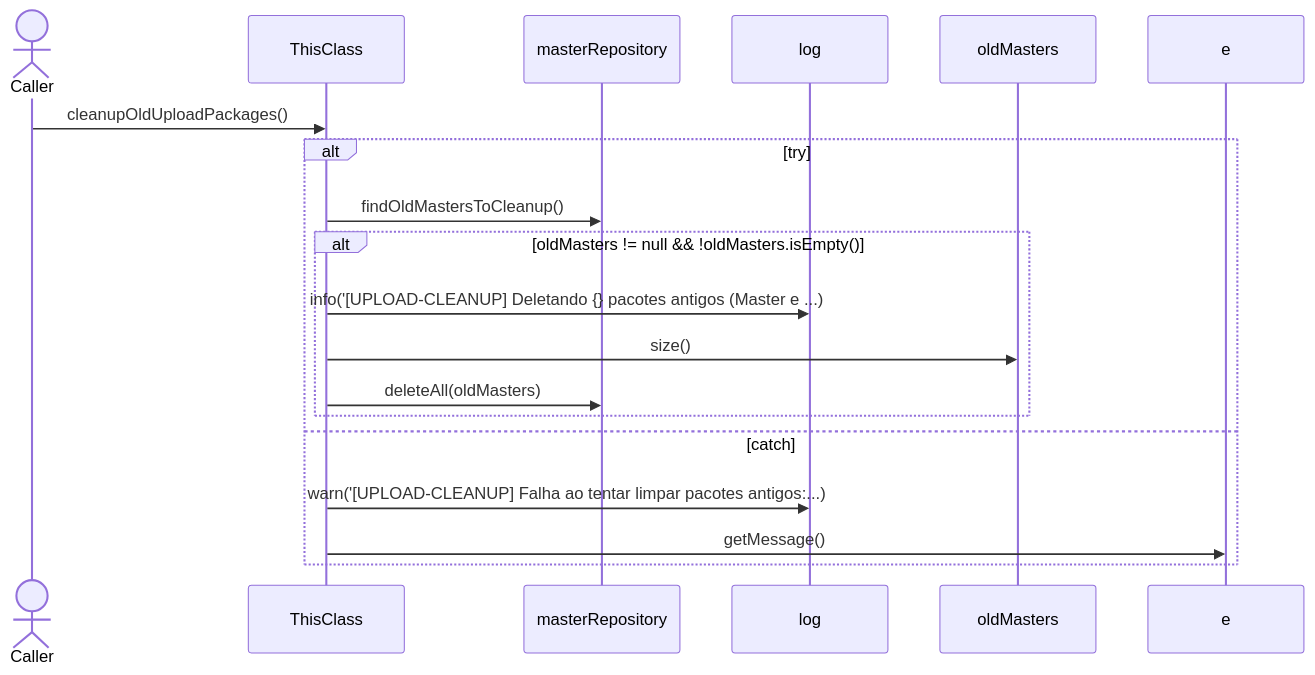
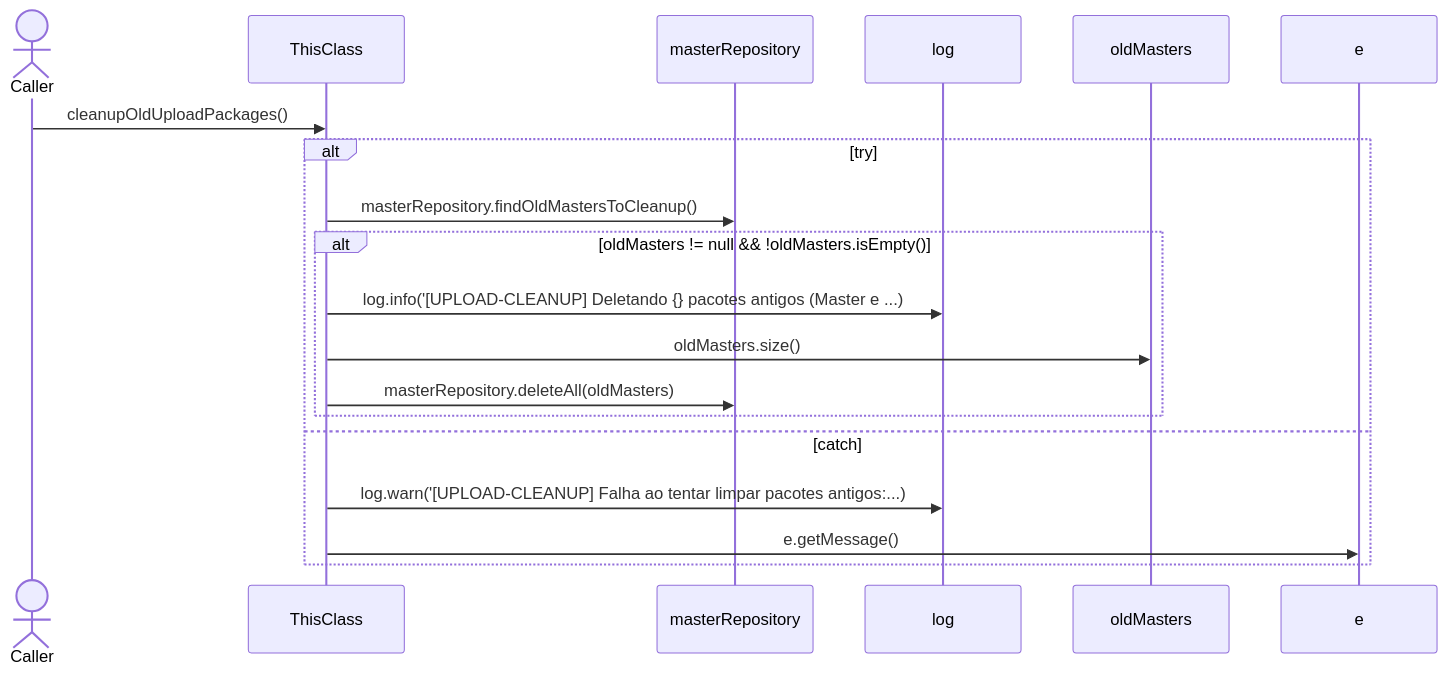
Diagram 12 of 16 in docs/CloudSyncUploadService.md (FelipeMCassiano/geanky), drawn with Mermaid before and after one commit. The commit also changed other lines of this file and 6 other files, not shown here.

````diff
--- a/docs/CloudSyncUploadService.md
+++ b/docs/CloudSyncUploadService.md
@@ -902,23 +902,23 @@
 ```mermaid
 sequenceDiagram
     actor Caller
     participant ThisClass
     participant masterRepository
     participant log
     participant oldMasters
     participant e
 
     Caller->>ThisClass: cleanupOldUploadPackages()
     alt try
-    ThisClass->>masterRepository: findOldMastersToCleanup()
+    ThisClass->>masterRepository: masterRepository.findOldMastersToCleanup()
     alt oldMasters != null && !oldMasters.isEmpty()
-    ThisClass->>log: info('[UPLOAD-CLEANUP] Deletando {} pacotes antigos (Master e ...)
-    ThisClass->>oldMasters: size()
-    ThisClass->>masterRepository: deleteAll(oldMasters)
+    ThisClass->>log: log.info('[UPLOAD-CLEANUP] Deletando {} pacotes antigos (Master e ...)
+    ThisClass->>oldMasters: oldMasters.size()
+    ThisClass->>masterRepository: masterRepository.deleteAll(oldMasters)
     end
     else catch 
-    ThisClass->>log: warn('[UPLOAD-CLEANUP] Falha ao tentar limpar pacotes antigos:...)
-    ThisClass->>e: getMessage()
+    ThisClass->>log: log.warn('[UPLOAD-CLEANUP] Falha ao tentar limpar pacotes antigos:...)
+    ThisClass->>e: e.getMessage()
     end
 
 ```
````
